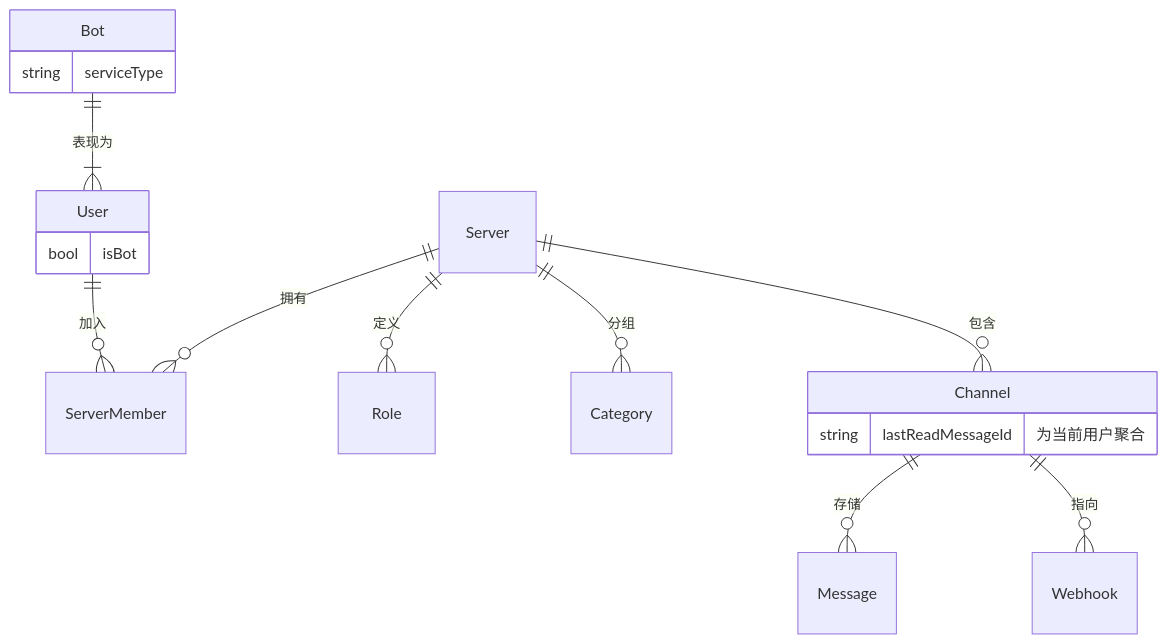
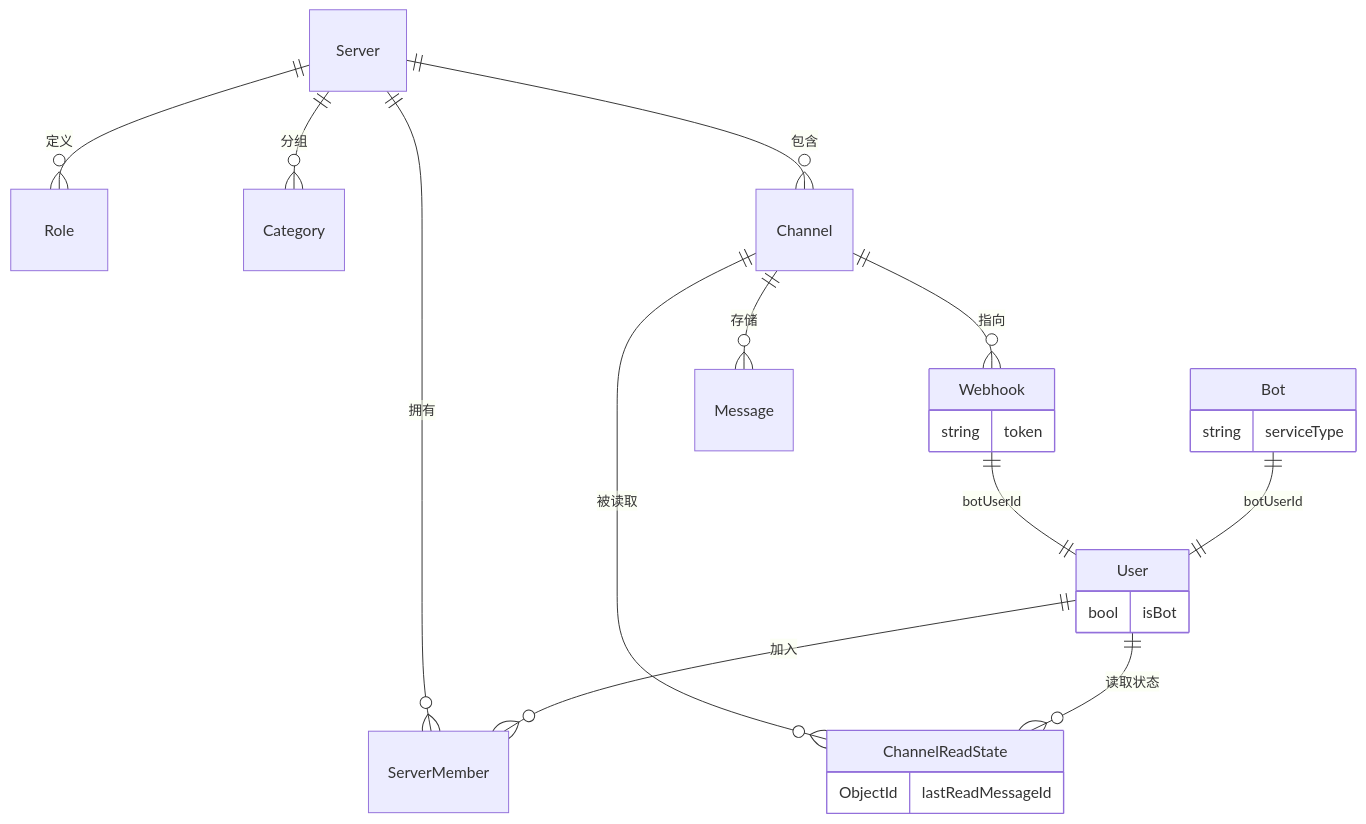
The second of 2 diagrams in website/docs/platform/platform-design.md (U1805/mew), drawn with Mermaid before and after one commit. The commit also changed other lines of this file and 21 other files, not shown here.

````diff
--- a/website/docs/platform/platform-design.md
+++ b/website/docs/platform/platform-design.md
@@ -67,20 +71,26 @@
 ```mermaid
 erDiagram
     User {
         bool isBot
     }
     Bot {
         string serviceType
     }
+    Webhook {
+        string token
+    }
+    ChannelReadState {
+        ObjectId lastReadMessageId
+    }
     User ||--o{ ServerMember : "加入"
-    Bot ||--|{ User : "表现为"
+    Bot ||--|| User : "botUserId"
+    Webhook ||--|| User : "botUserId"
+    User ||--o{ ChannelReadState : "读取状态"
     Server ||--o{ ServerMember : "拥有"
     Server ||--o{ Role : "定义"
     Server ||--o{ Category : "分组"
     Server ||--o{ Channel : "包含"
     Channel ||--o{ Message : "存储"
     Channel ||--o{ Webhook : "指向"
-    Channel {
-        string lastReadMessageId "为当前用户聚合"
-    }
+    Channel ||--o{ ChannelReadState : "被读取"
 ```
````
